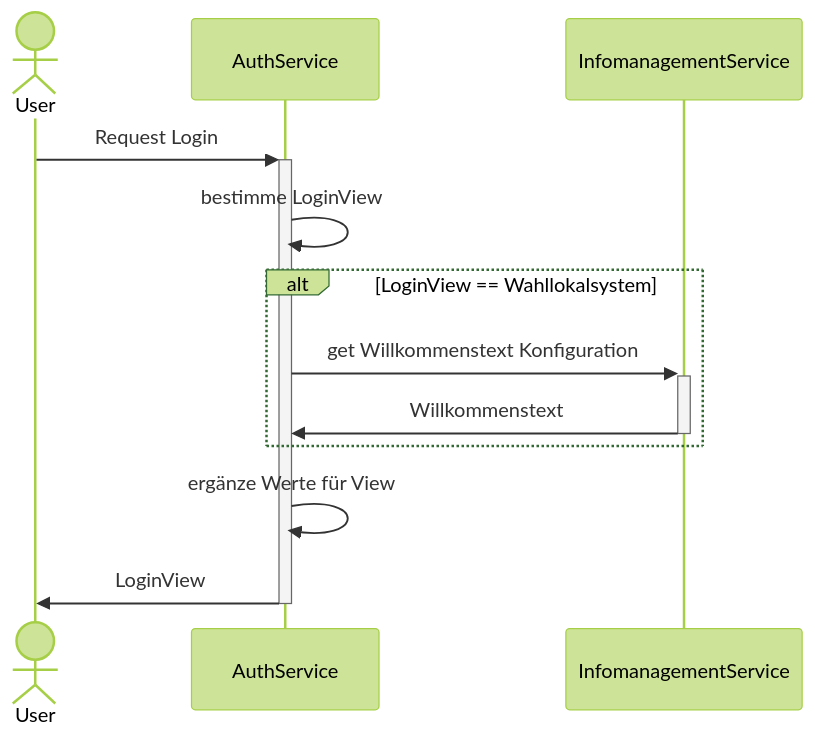
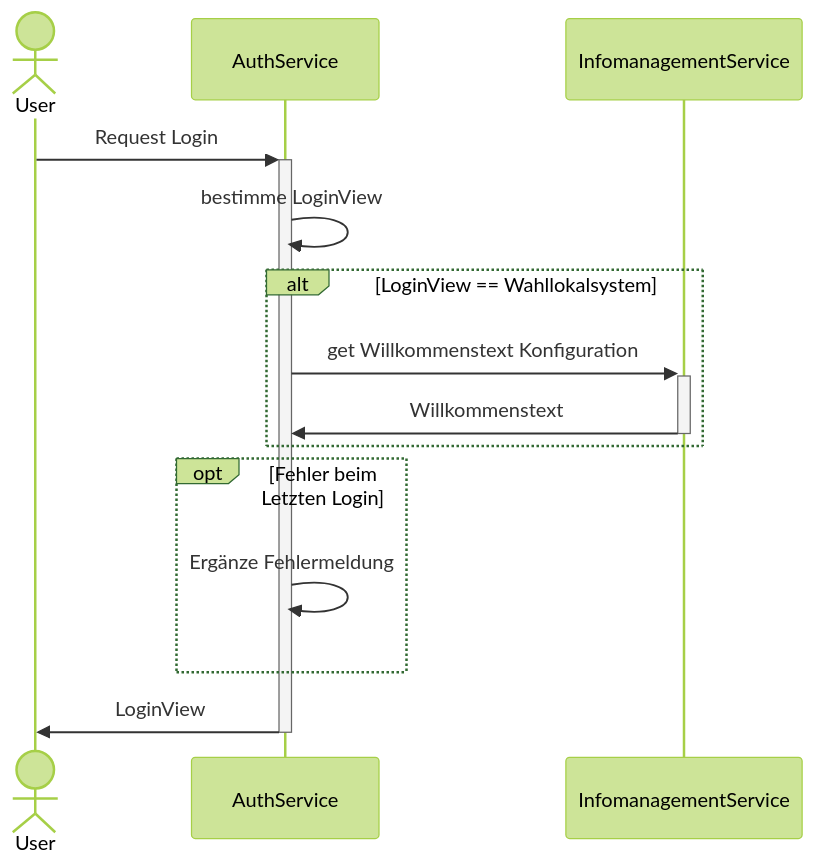
The second of 2 diagrams in docs/src/services/backend-services/auth-service/index.md (it-at-m/Wahllokalsystem), drawn with Mermaid (forest theme) before and after one commit.

Commit message:
update login view process

````diff
--- a/docs/src/services/backend-services/auth-service/index.md
+++ b/docs/src/services/backend-services/auth-service/index.md
@@ -56,17 +56,20 @@
 ```mermaid
 
 sequenceDiagram
 
     actor User
 
     User->>+AuthService : Request Login
 
     AuthService->>AuthService: bestimme LoginView
     alt LoginView == Wahllokalsystem
         AuthService->>+InfomanagementService : get Willkommenstext Konfiguration
         InfomanagementService->>-AuthService : Willkommenstext
     end
-    AuthService->>AuthService: ergänze Werte für View
+    
+    opt Fehler beim Letzten Login
+        AuthService->>AuthService : Ergänze Fehlermeldung
+    end
 
     AuthService->>-User : LoginView
 ```
````
